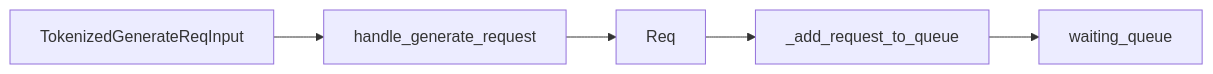
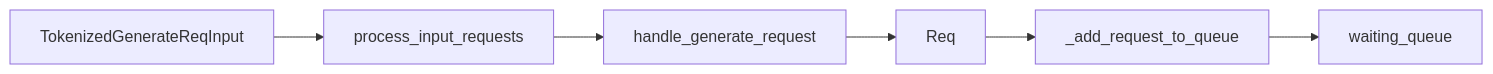
One commit to cl-vv-h/SGLang_Tutor changed the third of 7 diagrams in learning/sglang-source-reading/02-scheduler-core.md. Above: the diagram before and after it, drawn with Mermaid. The commit also changed other lines of this file and 4 other files, not shown here.

````diff
--- a/learning/sglang-source-reading/02-scheduler-core.md
+++ b/learning/sglang-source-reading/02-scheduler-core.md
@@ -135,7 +85,8 @@
 ```mermaid
 flowchart LR
-  A["TokenizedGenerateReqInput"] --> B["handle_generate_request"]
-  B --> C["Req"]
-  C --> D["_add_request_to_queue"]
-  D --> E["waiting_queue"]
+  A["TokenizedGenerateReqInput"] --> B["process_input_requests"]
+  B --> C["handle_generate_request"]
+  C --> D["Req"]
+  D --> E["_add_request_to_queue"]
+  E --> F["waiting_queue"]
 ```
````
